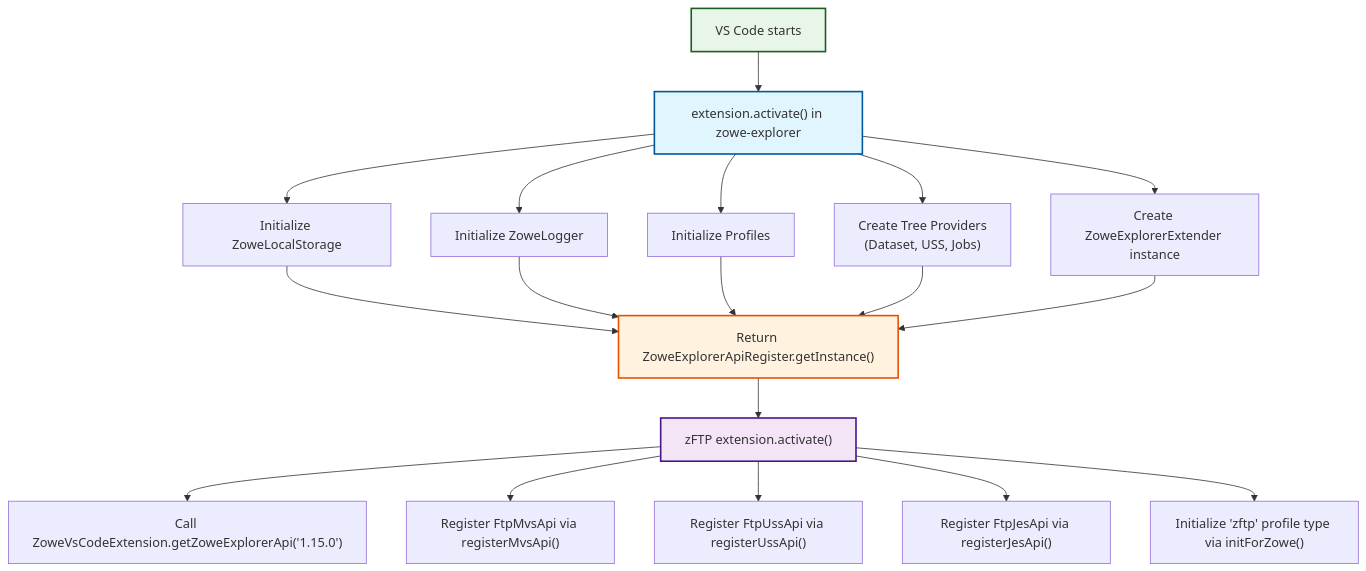
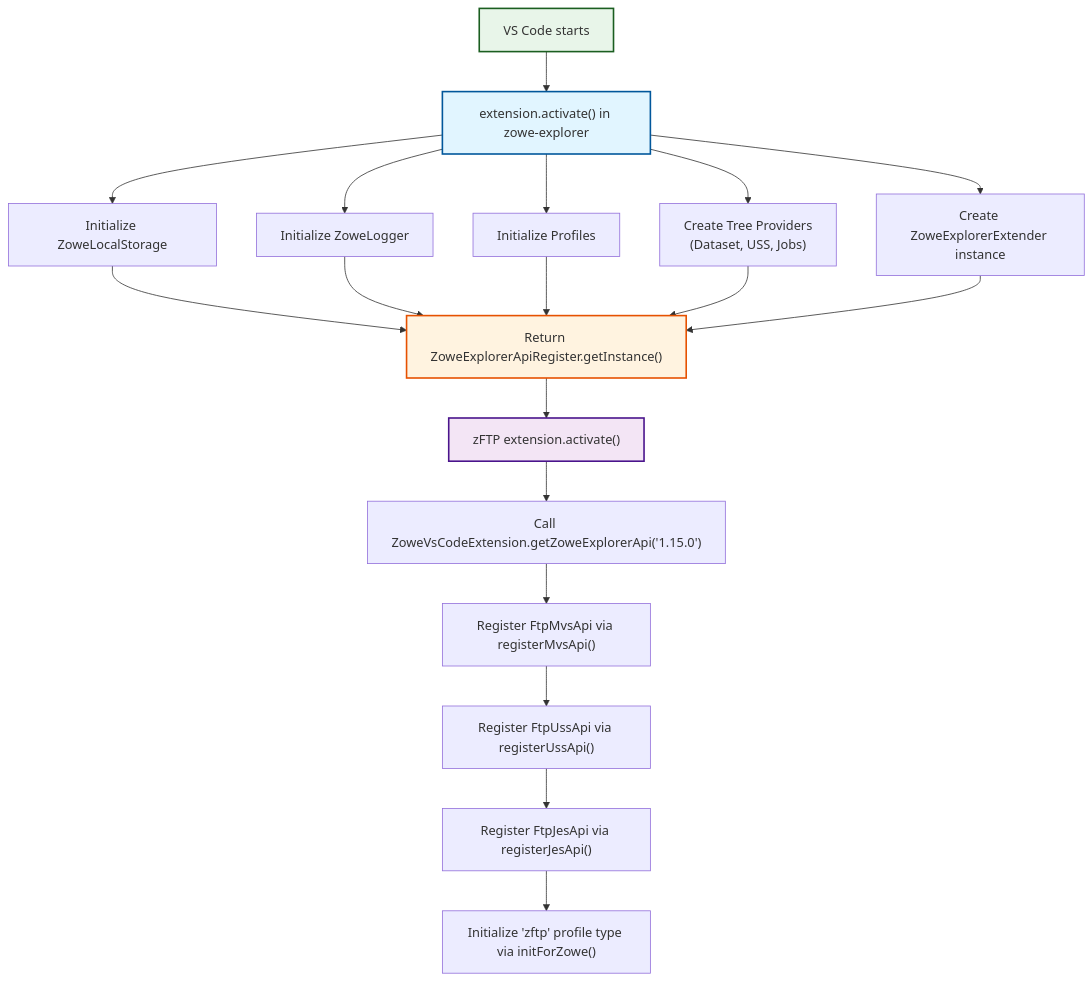
Before and after one commit to zowe/zowe-explorer-vscode: the second of 5 diagrams in docs/ARCHITECTURE.md, drawn with Mermaid. The commit also changed other lines of this file, not shown here.

````diff
--- a/docs/ARCHITECTURE.md
+++ b/docs/ARCHITECTURE.md
@@ -222,27 +240,27 @@
 ```mermaid
 flowchart TD
     Start["VS Code starts"] --> Activate["extension.activate() in zowe-explorer"]
     Activate --> Storage["Initialize ZoweLocalStorage"]
     Activate --> Logger["Initialize ZoweLogger"]
     Activate --> Profiles["Initialize Profiles"]
     Activate --> Trees["Create Tree Providers<br/>(Dataset, USS, Jobs)"]
     Activate --> Extender["Create ZoweExplorerExtender instance"]
 
     Storage --> Return["Return ZoweExplorerApiRegister.getInstance()"]
     Logger --> Return
     Profiles --> Return
     Trees --> Return
     Extender --> Return
 
     Return --> FTPActivate["zFTP extension.activate()"]
     FTPActivate --> GetAPI["Call ZoweVsCodeExtension.getZoweExplorerApi('1.15.0')"]
-    FTPActivate --> RegMvs["Register FtpMvsApi via registerMvsApi()"]
-    FTPActivate --> RegUss["Register FtpUssApi via registerUssApi()"]
-    FTPActivate --> RegJes["Register FtpJesApi via registerJesApi()"]
-    FTPActivate --> InitProfile["Initialize 'zftp' profile type via initForZowe()"]
+    GetAPI --> RegMvs["Register FtpMvsApi via registerMvsApi()"]
+    RegMvs --> RegUss["Register FtpUssApi via registerUssApi()"]
+    RegUss --> RegJes["Register FtpJesApi via registerJesApi()"]
+    RegJes --> InitProfile["Initialize 'zftp' profile type via initForZowe()"]
 
     style Start fill:#e8f5e9,stroke:#1b5e20,stroke-width:2px
     style Activate fill:#e1f5ff,stroke:#01579b,stroke-width:2px
     style Return fill:#fff3e0,stroke:#e65100,stroke-width:2px
     style FTPActivate fill:#f3e5f5,stroke:#4a148c,stroke-width:2px
 ```
````
